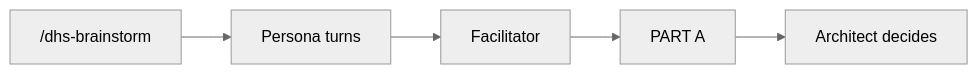
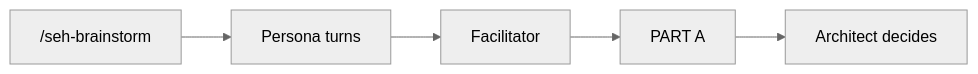
Before and after one commit to meehow-halas/se-harness: the third of 3 diagrams in README.md, drawn with Mermaid (neutral theme). The commit also changed other lines of this file and 67 other files, not shown here.

Commit message:
renaming dhs to seh

````diff
--- a/README.md
+++ b/README.md
@@ -229,7 +229,7 @@
 ```mermaid
 flowchart LR
-  skill["/dhs-brainstorm"] --> personas[Persona turns]
+  skill["/seh-brainstorm"] --> personas[Persona turns]
   personas --> facilitator[Facilitator]
   facilitator --> partA[PART A]
   partA --> architect[Architect decides]
 ```
````
